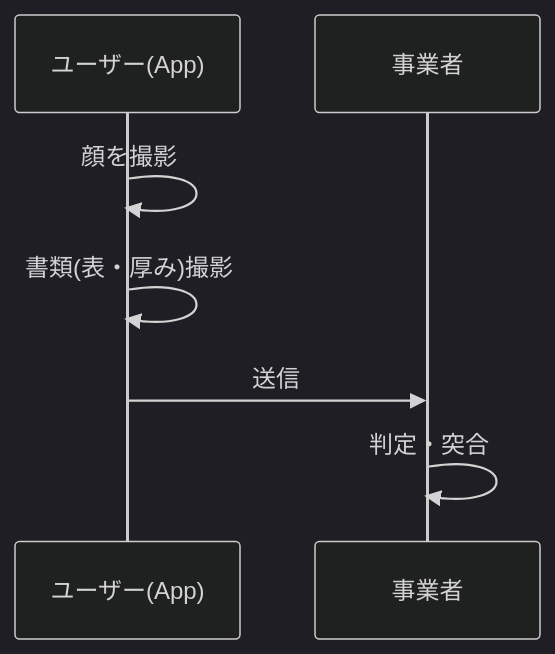
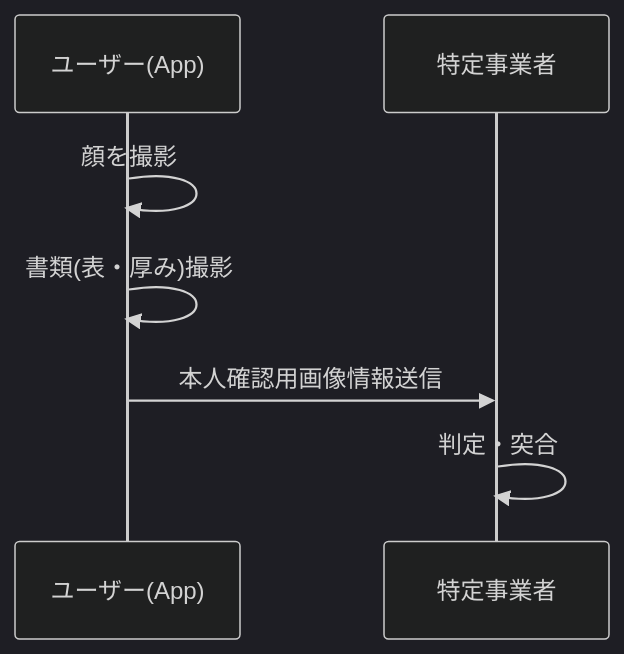
The ninth of 20 diagrams in hanshuho.md (CiderH2CO3/study-hanshuho), drawn with Mermaid (dark theme) before and after one commit. The commit also changed other lines of this file, not shown here.

````diff
--- a/hanshuho.md
+++ b/hanshuho.md
@@ -361,9 +377,9 @@
 ```mermaid
 sequenceDiagram
     participant User as ユーザー(App)
-    participant Server as 事業者
+    participant Server as 特定事業者
     User->>User: 顔を撮影
     User->>User: 書類(表・厚み)撮影
-    User->>Server: 送信
+    User->>Server: 本人確認用画像情報送信
     Server->>Server: 判定・突合
 ```
````
